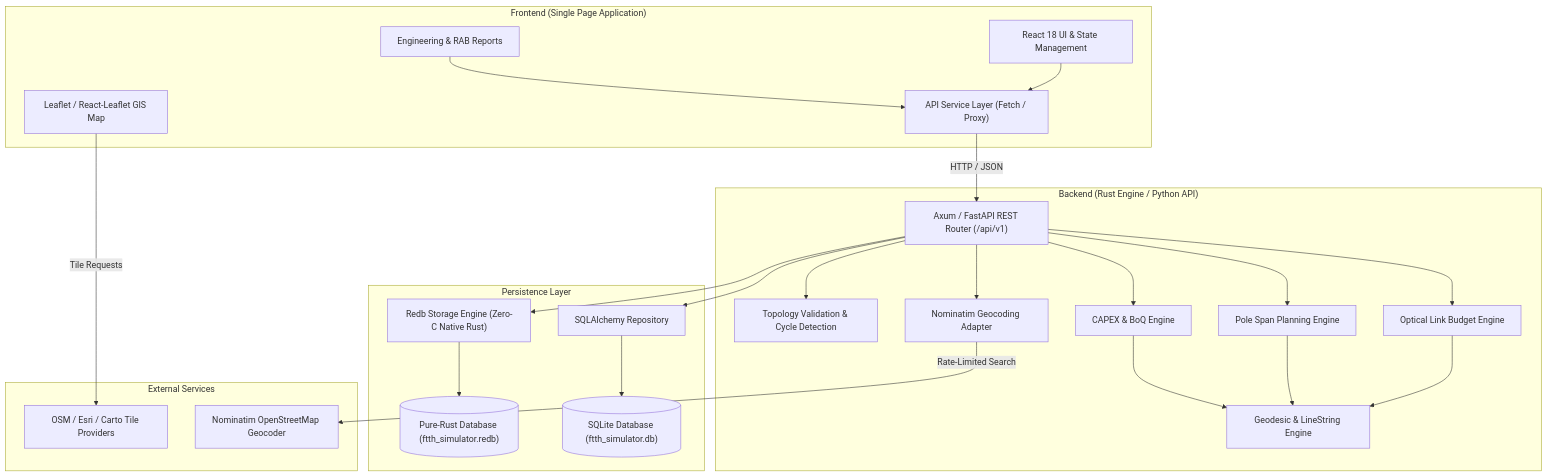
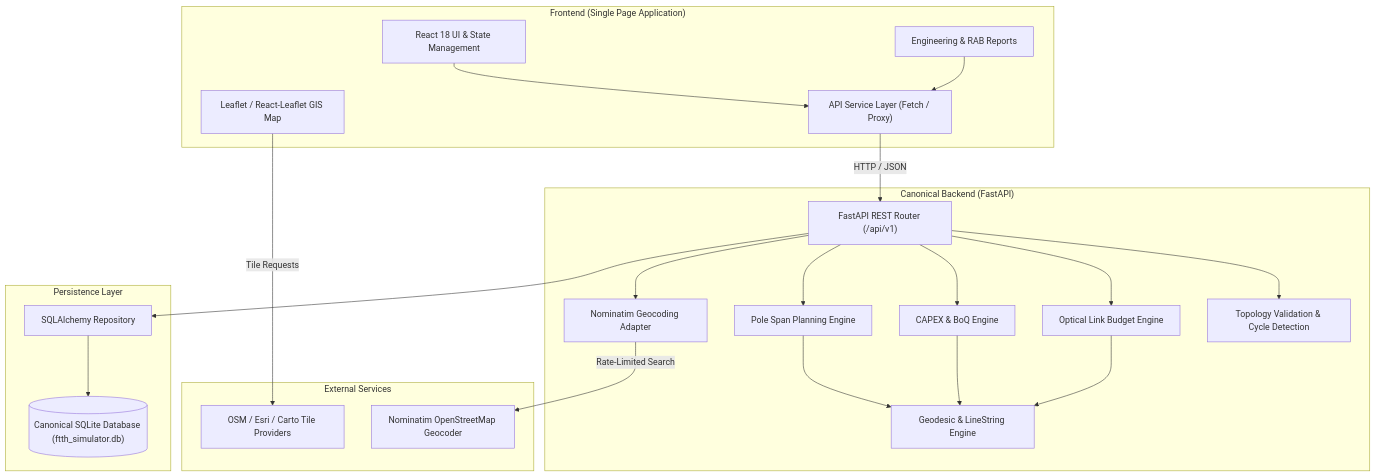
One commit to kenzojulian111/FTTH-Simulator changed the diagram in README.md. Above: the diagram before and after it, drawn with Mermaid. The commit also changed other lines of this file and 14 other files, not shown here.

Commit message:
Use FastAPI as canonical project backend

````diff
--- a/README.md
+++ b/README.md
@@ -85,52 +85,48 @@
 ```mermaid
 flowchart TD
     subgraph Client ["Frontend (Single Page Application)"]
         UI["React 18 UI & State Management"]
         Map["Leaflet / React-Leaflet GIS Map"]
         Reports["Engineering & RAB Reports"]
         API_Client["API Service Layer (Fetch / Proxy)"]
     end
 
-    subgraph Server ["Backend (Rust Engine / Python API)"]
-        Router["Axum / FastAPI REST Router (/api/v1)"]
+    subgraph Server ["Canonical Backend (FastAPI)"]
+        Router["FastAPI REST Router (/api/v1)"]
         Val["Topology Validation & Cycle Detection"]
         Opt["Optical Link Budget Engine"]
         Cost["CAPEX & BoQ Engine"]
         Pole["Pole Span Planning Engine"]
         Geo["Geodesic & LineString Engine"]
         GeoService["Nominatim Geocoding Adapter"]
     end
 
     subgraph Storage ["Persistence Layer"]
-        RedbStore["Redb Storage Engine (Zero-C Native Rust)"]
-        DB_Redb[("Pure-Rust Database (ftth_simulator.redb)")]
         Repo["SQLAlchemy Repository"]
-        DB_SQLite[("SQLite Database (ftth_simulator.db)")]
+        DB_SQLite[("Canonical SQLite Database (ftth_simulator.db)")]
     end
 
     subgraph External ["External Services"]
         Tiles["OSM / Esri / Carto Tile Providers"]
         Nominatim["Nominatim OpenStreetMap Geocoder"]
     end
 
     Map -->|Tile Requests| Tiles
     UI --> API_Client
     Reports --> API_Client
     API_Client -->|HTTP / JSON| Router
 
     Router --> Val
     Router --> Opt
     Router --> Cost
     Router --> Pole
     Router --> GeoService
     GeoService -->|Rate-Limited Search| Nominatim
 
     Opt --> Geo
     Pole --> Geo
     Cost --> Geo
 
-    Router --> RedbStore
-    RedbStore --> DB_Redb
     Router --> Repo
     Repo --> DB_SQLite
 ```
````
